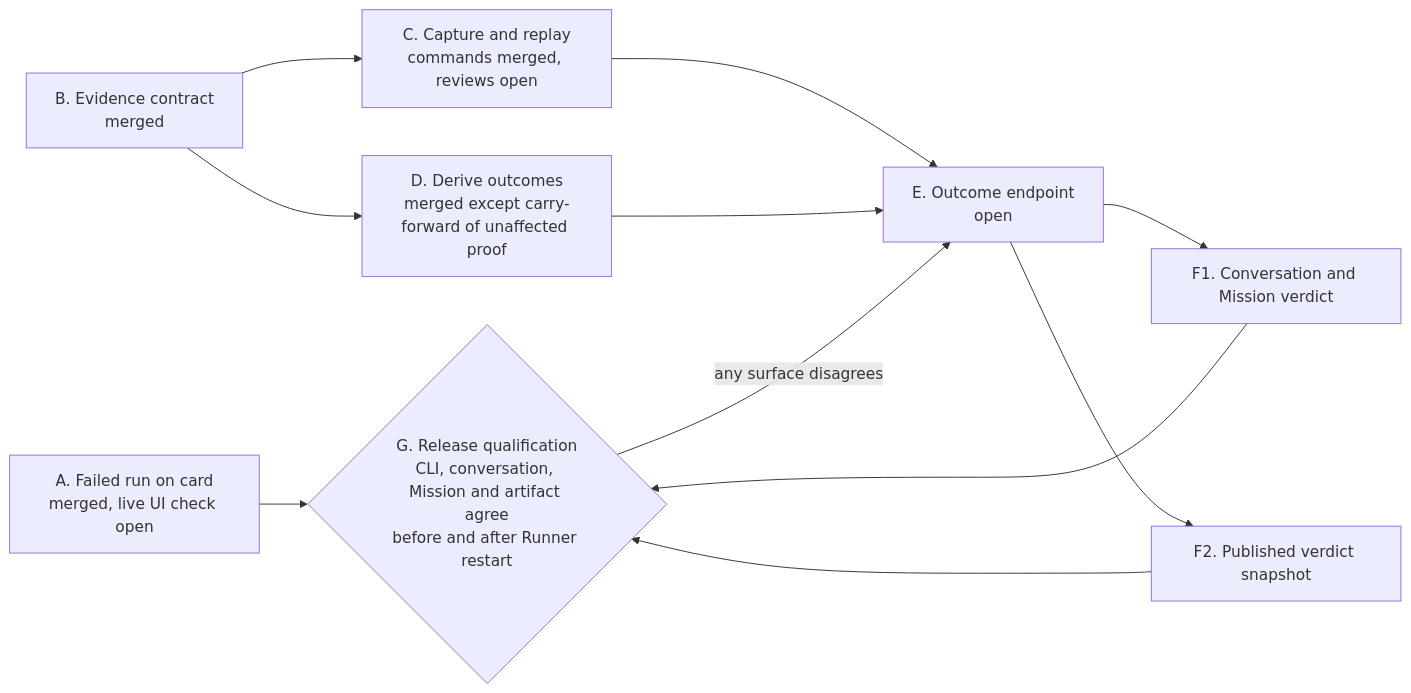
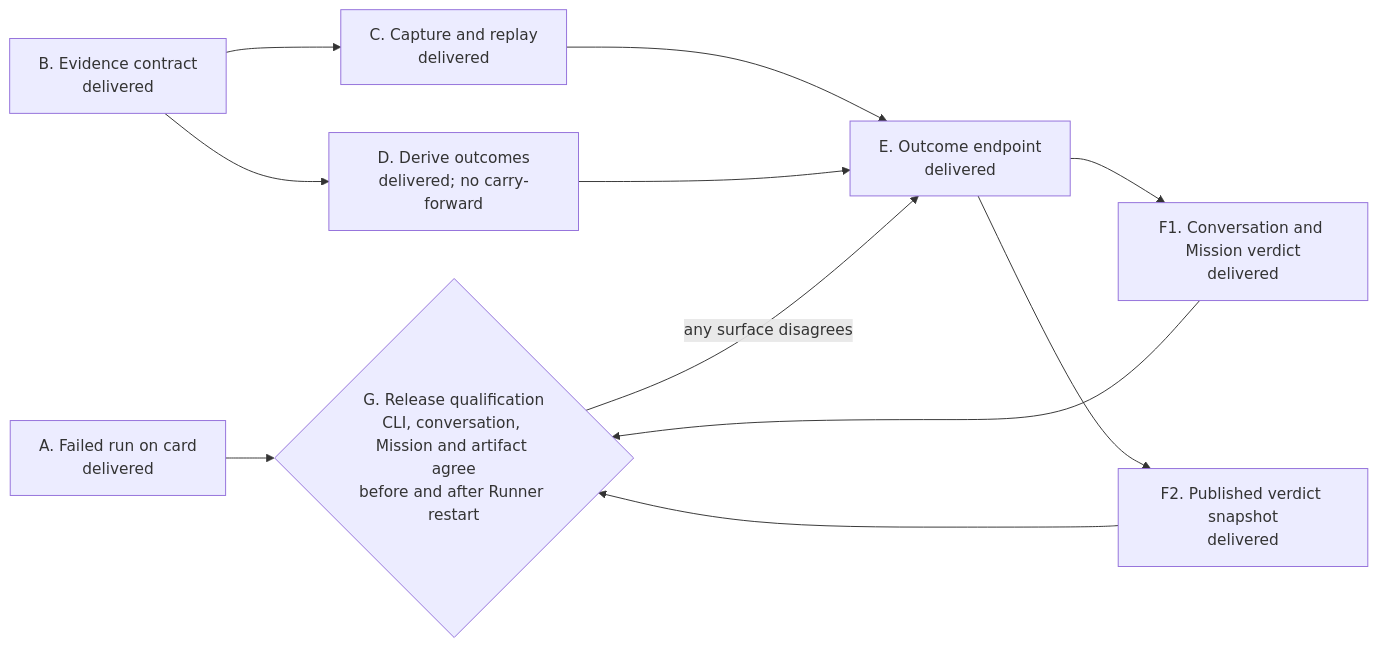
The diagram in audits/2026-11-22/delivery-outcomes-roadmap.md (AntoineToussaint/lazybox), drawn with Mermaid before and after one commit. The commit also changed other lines of this file and 42 other files, not shown here.

````diff
--- a/audits/2026-11-22/delivery-outcomes-roadmap.md
+++ b/audits/2026-11-22/delivery-outcomes-roadmap.md
@@ -36,17 +36,17 @@
 ```mermaid
 flowchart LR
-  A["A. Failed run on card<br/>merged, live UI check open"]
-  B["B. Evidence contract<br/>merged"]
-  C["C. Capture and replay<br/>commands merged, reviews open"]
-  D["D. Derive outcomes<br/>merged except carry-forward of unaffected proof"]
-  E["E. Outcome endpoint<br/>open"]
-  F1["F1. Conversation and Mission verdict"]
-  F2["F2. Published verdict snapshot"]
+  A["A. Failed run on card<br/>delivered"]
+  B["B. Evidence contract<br/>delivered"]
+  C["C. Capture and replay<br/>delivered"]
+  D["D. Derive outcomes<br/>delivered; no carry-forward"]
+  E["E. Outcome endpoint<br/>delivered"]
+  F1["F1. Conversation and Mission verdict<br/>delivered"]
+  F2["F2. Published verdict snapshot<br/>delivered"]
   G{"G. Release qualification<br/>CLI, conversation, Mission and artifact agree<br/>before and after Runner restart"}
   B --> C --> E
   B --> D --> E
   E --> F1 --> G
   E --> F2 --> G
   A --> G
   G -- "any surface disagrees" --> E
 ```
````
